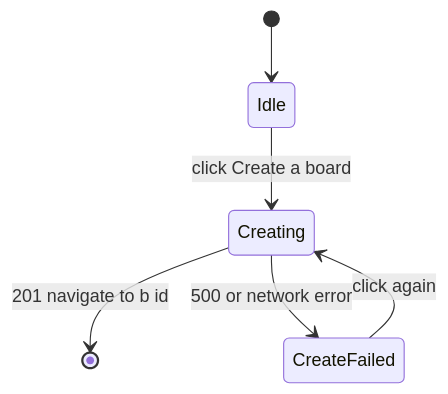
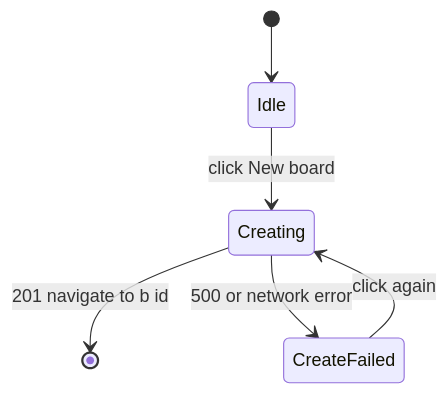
Before and after one commit to boxabirds/awesome-local-ai: the third of 8 diagrams in benchmarks/vidi/spec/stories/005-share-a-board-with-others-using-a-link/design.md, drawn with Mermaid. The commit also changed other lines of this file and 69 other files, not shown here.

````diff
--- a/benchmarks/vidi/spec/stories/005-share-a-board-with-others-using-a-link/design.md
+++ b/benchmarks/vidi/spec/stories/005-share-a-board-with-others-using-a-link/design.md
@@ -87,8 +86,8 @@
 ```mermaid
 stateDiagram-v2
     [*] --> Idle
-    Idle --> Creating : click Create a board
+    Idle --> Creating : click New board
     Creating --> [*] : 201 navigate to b id
     Creating --> CreateFailed : 500 or network error
     CreateFailed --> Creating : click again
 ```
````
